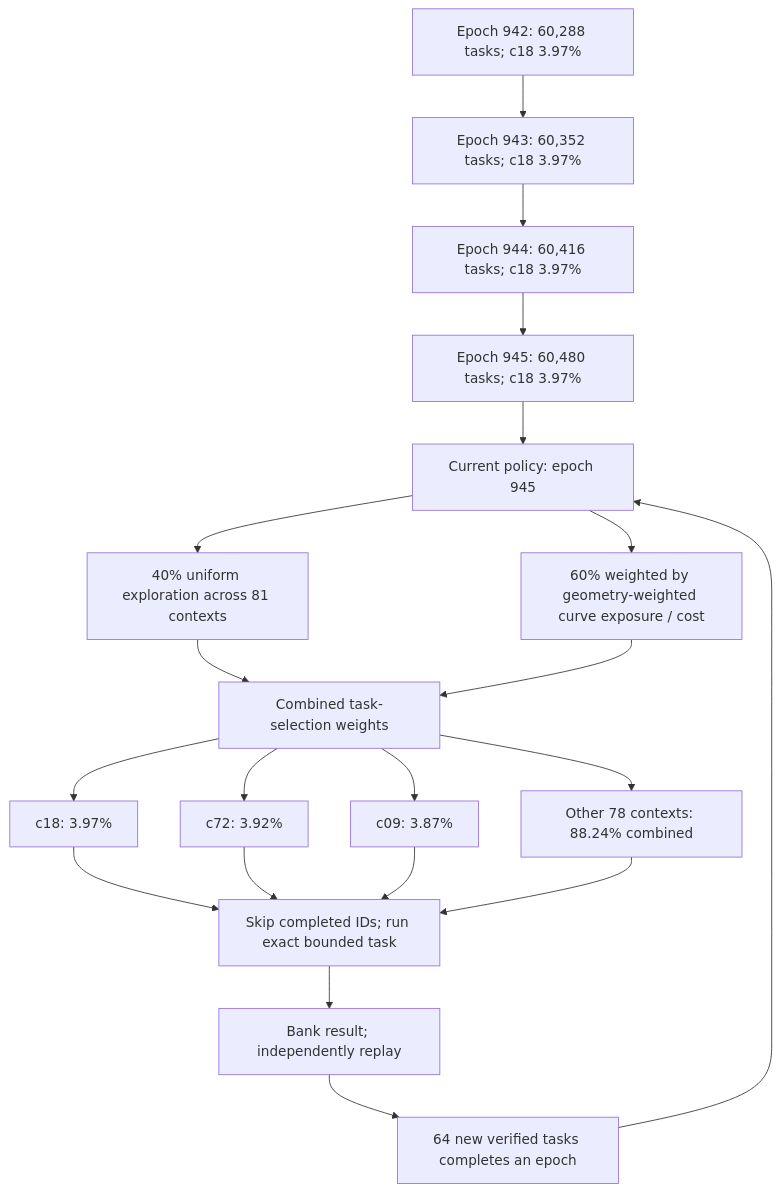
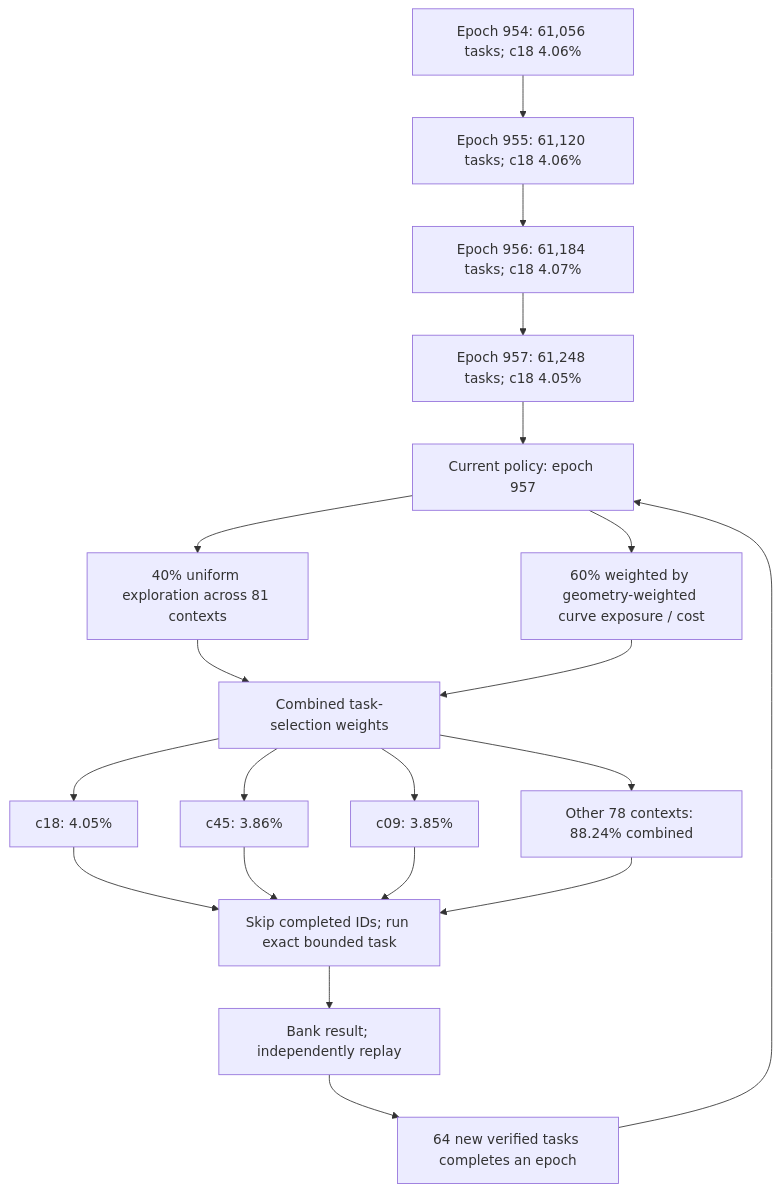
One commit to Kuberwastaken/math-gambling changed the first of 3 diagrams in README.md. Above: the diagram before and after it, drawn with Mermaid. The commit also changed other lines of this file and 1646 other files, not shown here.

````diff
--- a/README.md
+++ b/README.md
@@ -55,27 +55,27 @@
 ```mermaid
 flowchart TD
-    H0["Epoch 942: 60,288 tasks; c18 3.97%"]
-    H1["Epoch 943: 60,352 tasks; c18 3.97%"]
+    H0["Epoch 954: 61,056 tasks; c18 4.06%"]
+    H1["Epoch 955: 61,120 tasks; c18 4.06%"]
     H0 --> H1
-    H2["Epoch 944: 60,416 tasks; c18 3.97%"]
+    H2["Epoch 956: 61,184 tasks; c18 4.07%"]
     H1 --> H2
-    H3["Epoch 945: 60,480 tasks; c18 3.97%"]
+    H3["Epoch 957: 61,248 tasks; c18 4.05%"]
     H2 --> H3
-    Policy["Current policy: epoch 945"]
+    Policy["Current policy: epoch 957"]
     H3 --> Policy
     Policy --> Explore["40% uniform exploration across 81 contexts"]
     Policy --> Cost["60% weighted by geometry-weighted curve exposure / cost"]
     Explore --> Mix["Combined task-selection weights"]
     Cost --> Mix
-    Mix --> C0["c18: 3.97%"]
-    Mix --> C1["c72: 3.92%"]
-    Mix --> C2["c09: 3.87%"]
+    Mix --> C0["c18: 4.05%"]
+    Mix --> C1["c45: 3.86%"]
+    Mix --> C2["c09: 3.85%"]
     Mix --> Rest["Other 78 contexts: 88.24% combined"]
     C0 --> Check["Skip completed IDs; run exact bounded task"]
     C1 --> Check
     C2 --> Check
     Rest --> Check
     Check --> Replay["Bank result; independently replay"]
     Replay --> Gate["64 new verified tasks completes an epoch"]
     Gate --> Policy
 ```
````
